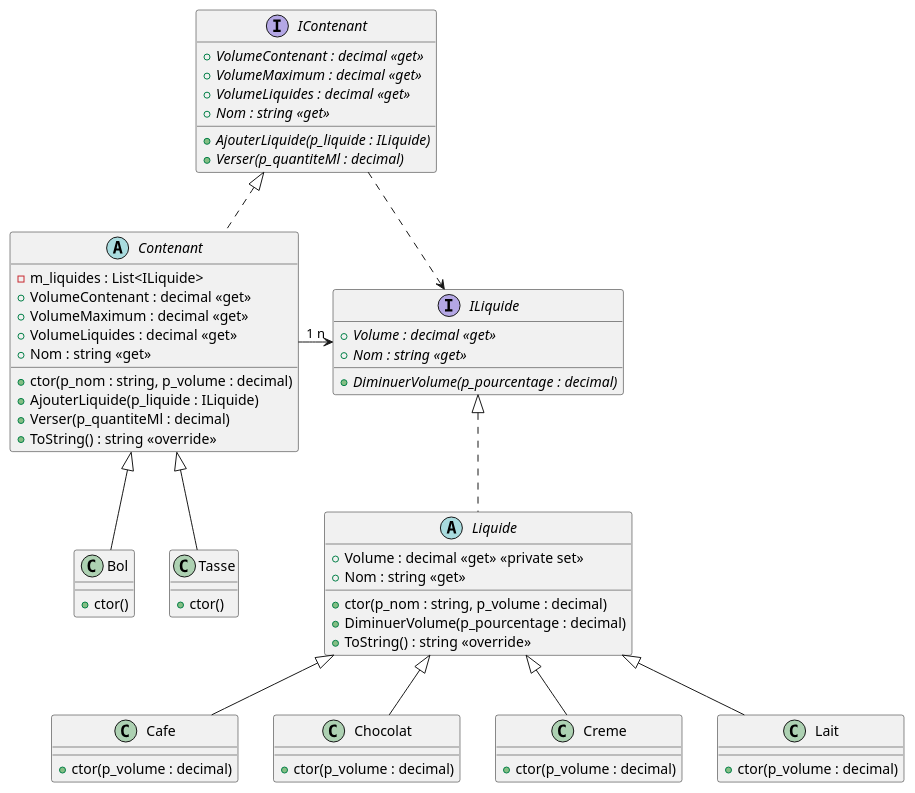
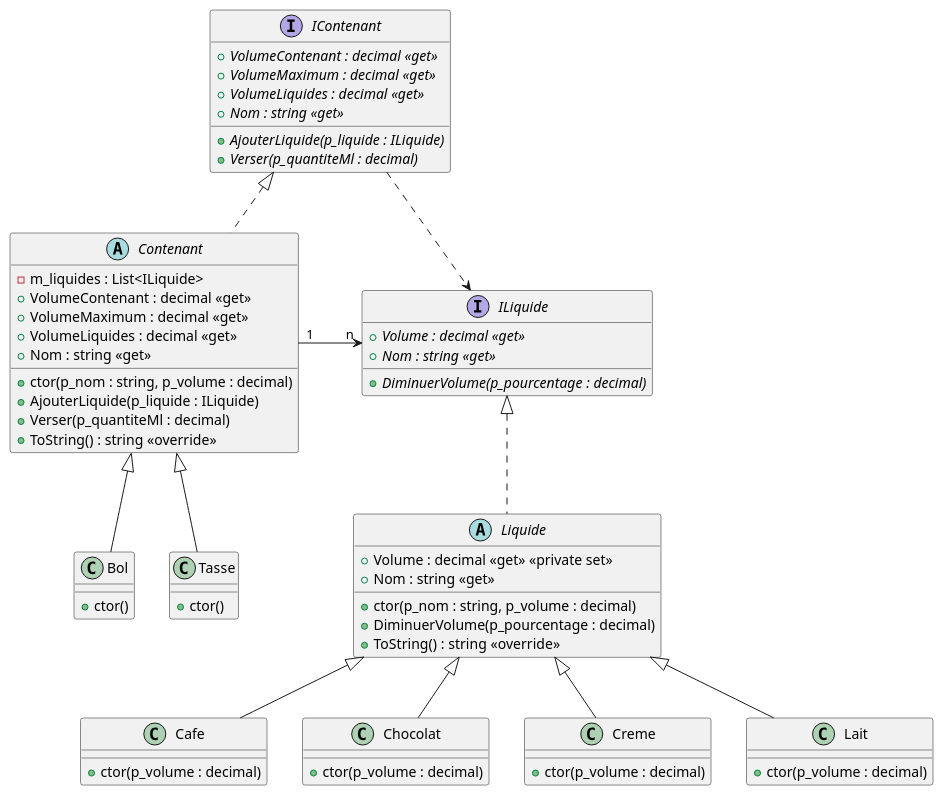
One commit to PiFou86/420-W30-SF changed the diagram in Module01_Revisions/POOII_Module01_Contenants/diag/version1.wsd. Above: the diagram before and after it, drawn with PlantUML. The commit also changed 5 other files, not shown here.

```diff
--- a/Module01_Revisions/POOII_Module01_Contenants/diag/version1.wsd
+++ b/Module01_Revisions/POOII_Module01_Contenants/diag/version1.wsd
@@ -1,83 +1,83 @@
 @startuml Version1
 
 interface IContenant
 {
     + {abstract} VolumeContenant : decimal <<get>>
     + {abstract} VolumeMaximum : decimal <<get>>
     + {abstract} VolumeLiquides : decimal <<get>>
     + {abstract} Nom : string <<get>>
     + {abstract} AjouterLiquide(p_liquide : ILiquide)
     + {abstract} Verser(p_quantiteMl : decimal)
 }
 
 abstract class Contenant
 {
     - m_liquides : List<ILiquide>
     + VolumeContenant : decimal <<get>>
     + VolumeMaximum : decimal <<get>>
     + VolumeLiquides : decimal <<get>>
     + Nom : string <<get>>
     + ctor(p_nom : string, p_volume : decimal)
     + AjouterLiquide(p_liquide : ILiquide)
     + Verser(p_quantiteMl : decimal)
     + ToString() : string <<override>>
 }
 
 class Bol {
     + ctor()
 }
 
 class Tasse {
     + ctor()
 }
 
 IContenant <|.. Contenant
 
 Contenant <|-- Bol
 
 Contenant <|-- Tasse
 
 interface ILiquide
 {
     + {abstract} Volume : decimal <<get>>
     + {abstract} Nom : string <<get>>
     + {abstract} DiminuerVolume(p_pourcentage : decimal)
 }
 
 abstract class Liquide
 {
     + Volume : decimal <<get>> <<private set>>
     + Nom : string <<get>>
     + ctor(p_nom : string, p_volume : decimal)
     + DiminuerVolume(p_pourcentage : decimal)
     + ToString() : string <<override>>
 }
 
 ILiquide  <.left.   IContenant
 
-Contenant "1" -right-> "n" ILiquide 
+Contenant "1" -right-> "n" ILiquide : \t
 
 ILiquide <|.. Liquide
 
 class Cafe {
     + ctor(p_volume : decimal)
 }
 
 class Chocolat{
     + ctor(p_volume : decimal)
 }
 
 class Creme {
     + ctor(p_volume : decimal)
 }
 
 class Lait {
     + ctor(p_volume : decimal)
 }
 
 Liquide <|-- Cafe
 Liquide <|-- Chocolat
 Liquide <|-- Creme
 Liquide <|-- Lait
 
 @enduml
```
